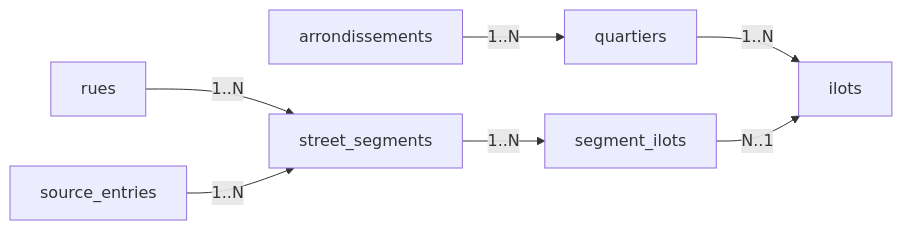
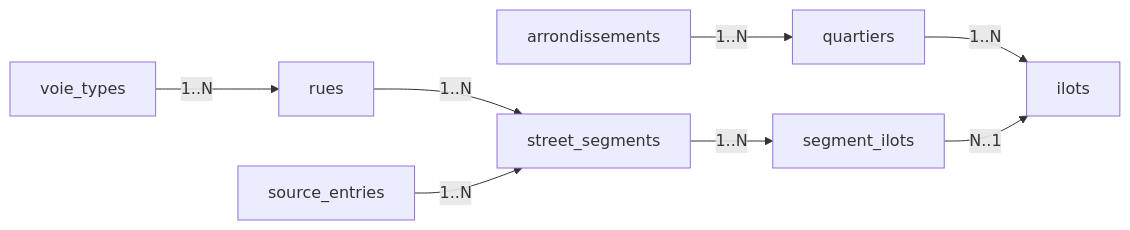
The diagram in docs/DOMAIN_MODEL.md (daniel-lou18/andriveau-bobine), drawn with Mermaid before and after one commit. The commit also changed other lines of this file and 15 other files, not shown here.

````diff
--- a/docs/DOMAIN_MODEL.md
+++ b/docs/DOMAIN_MODEL.md
@@ -36,9 +36,10 @@
 ```mermaid
 flowchart LR
   A[arrondissements] -->|1..N| Q[quartiers]
   Q -->|1..N| I[ilots]
-  R[rues] -->|1..N| S[street_segments]
+  VT[voie_types] -->|1..N| R[rues]
+  R -->|1..N| S[street_segments]
   SE[source_entries] -->|1..N| S
   S -->|1..N| SI[segment_ilots]
   SI -->|N..1| I
 ```
````
